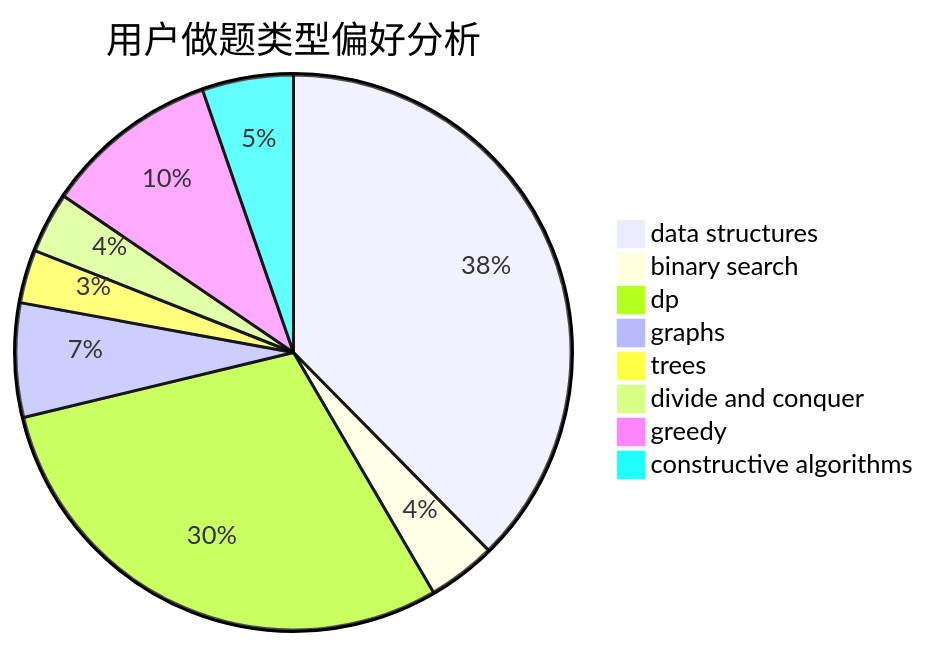
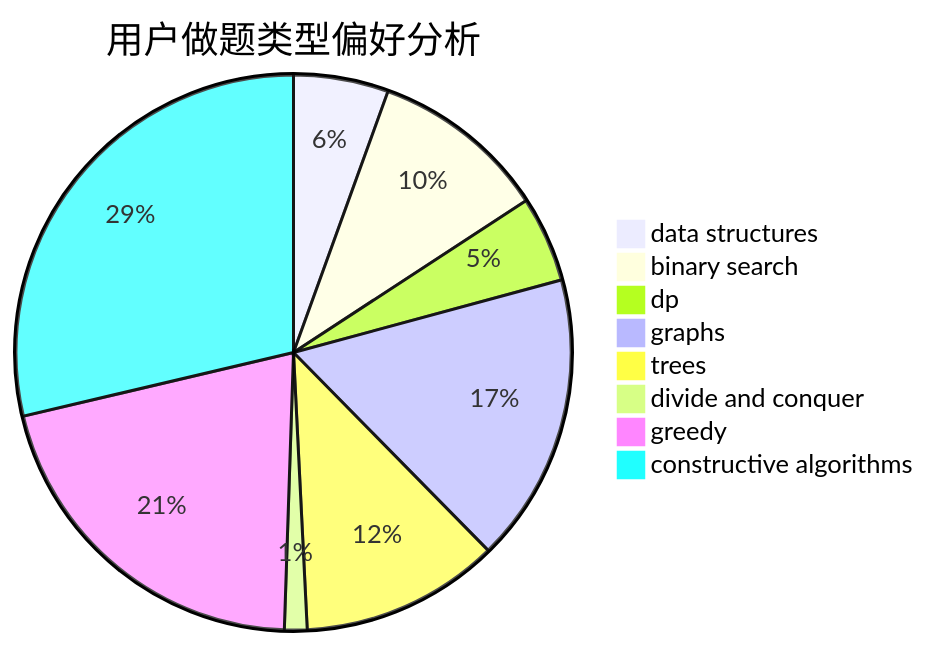
Before and after one commit to sherpahu/cfrs.github.io: the second of 3 diagrams in docs/user/u1724.md, drawn with Mermaid. The commit also changed other lines of this file and 2770 other files, not shown here.

````diff
--- a/docs/user/u1724.md
+++ b/docs/user/u1724.md
@@ -23,11 +23,11 @@
 ```mermaid
 pie title 用户做题类型偏好分析
-    "data structures" :  85
-    "binary search" :  9
-    "dp" :  67
-    "graphs" :  15
-    "trees" :  7
-    "divide and conquer" :  8
-    "greedy" :  23
-    "constructive algorithms" :  12
+    "data structures" :  21
+    "binary search" :  39
+    "dp" :  19
+    "graphs" :  64
+    "trees" :  44
+    "divide and conquer" :  5
+    "greedy" :  79
+    "constructive algorithms" :  109
 ```
````
